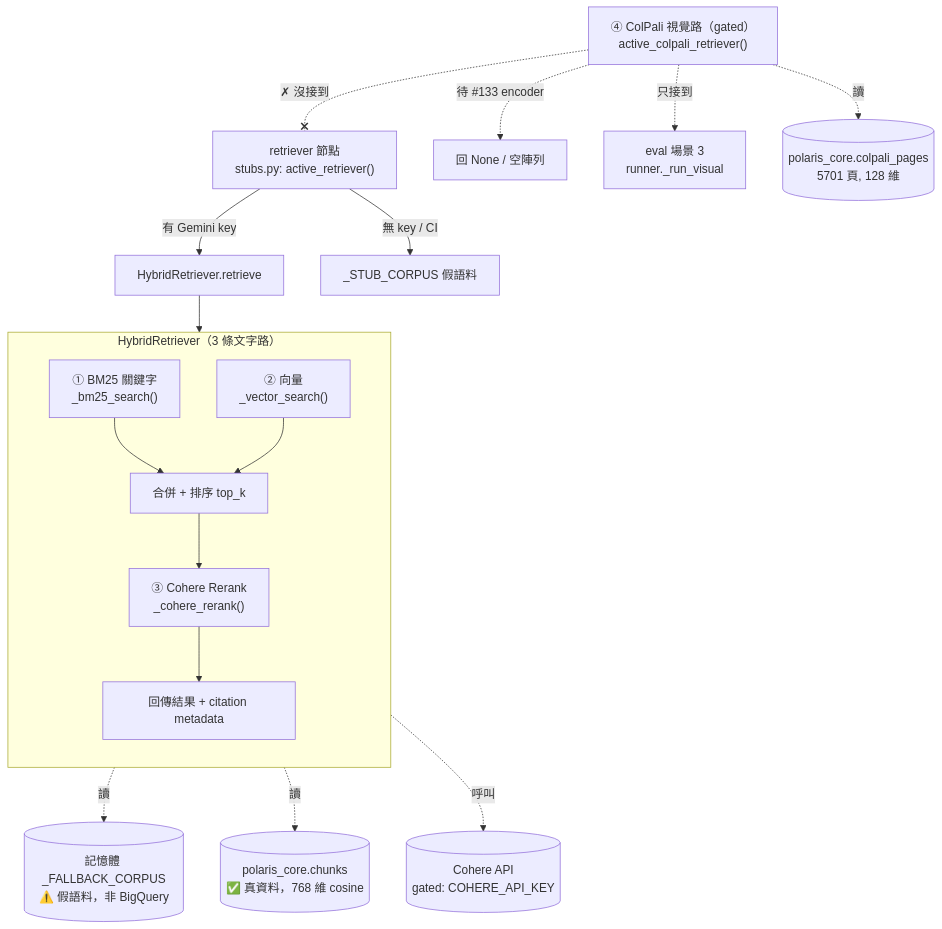
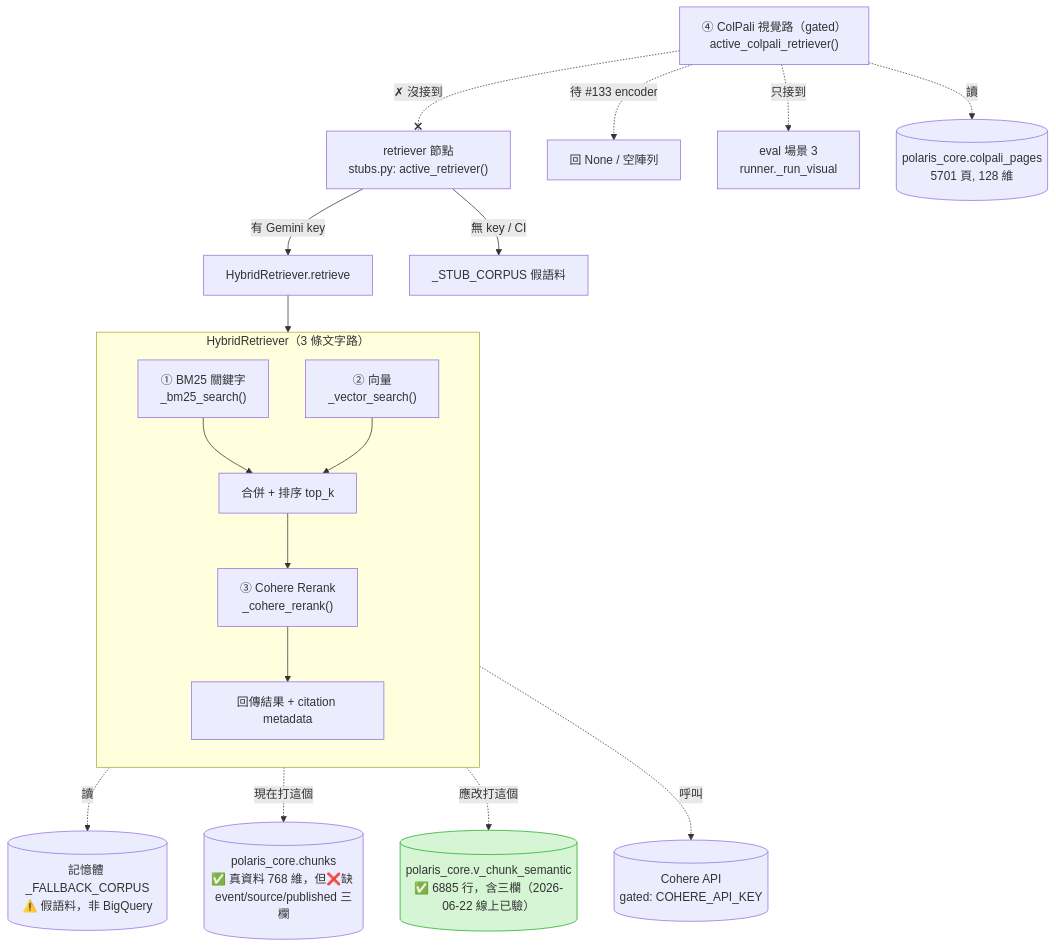
One commit to holajennytw/polaris-desk changed the second of 3 diagrams in docs/架構_檢索路徑與ask流程.md. Above: the diagram before and after it, drawn with Mermaid. The commit also changed other lines of this file, not shown here.

First line of the commit message:
docs(retrieval): 線上實測校準 — 兩個 semantic view 已套用,真因收斂為 chunks 缺欄 + 靜默 except

````diff
--- a/docs/架構_檢索路徑與ask流程.md
+++ b/docs/架構_檢索路徑與ask流程.md
@@ -42,28 +47,31 @@
 ```mermaid
 flowchart TD
     RN["retriever 節點<br/>stubs.py: active_retriever()"]
     RN -->|有 Gemini key| HYB[HybridRetriever.retrieve]
     RN -->|無 key / CI| STUB[_STUB_CORPUS 假語料]
 
     subgraph HYB_BOX["HybridRetriever（3 條文字路）"]
         direction TB
         BM25["① BM25 關鍵字<br/>_bm25_search()"]
         VEC["② 向量<br/>_vector_search()"]
         RR["③ Cohere Rerank<br/>_cohere_rerank()"]
         BM25 --> MERGE[合併 + 排序 top_k]
         VEC --> MERGE
         MERGE --> RR
         RR --> RES[回傳結果 + citation metadata]
     end
     HYB --> HYB_BOX
 
     BM25 -.讀.-> FB[("記憶體 _FALLBACK_CORPUS<br/>⚠️ 假語料，非 BigQuery")]
-    VEC -.讀.-> BQ[("polaris_core.chunks<br/>✅ 真資料，768 維 cosine")]
+    VEC -.現在打這個.-> BQ[("polaris_core.chunks<br/>✅ 真資料 768 維，但❌缺 event/source/published 三欄")]
+    VEC -.應改打這個.-> VW[("polaris_core.v_chunk_semantic<br/>✅ 6885 行，含三欄（2026-06-22 線上已驗）")]
     RR -.呼叫.-> COH[(Cohere API<br/>gated: COHERE_API_KEY)]
+
+    style VW fill:#d5f5d5,stroke:#22aa22
 
     COL["④ ColPali 視覺路（gated）<br/>active_colpali_retriever()"]
     COL -.待 #133 encoder.-> NULL[回 None / 空陣列]
     COL -.只接到.-> EVAL[eval 場景 3<br/>runner._run_visual]
     COL -. ✗ 沒接到 .-x RN
     COL -.讀.-> CPG[("polaris_core.colpali_pages<br/>5701 頁, 128 維")]
 ```
````
